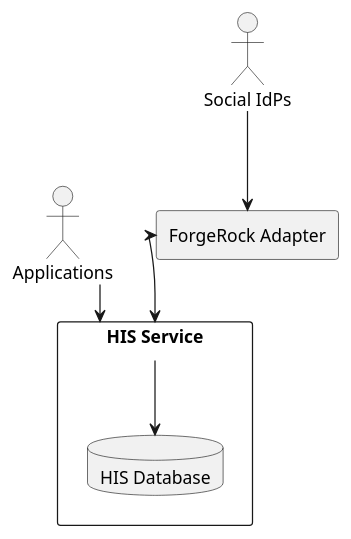
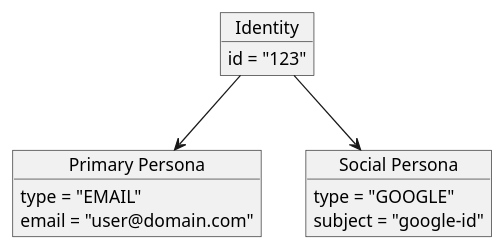
The third of 3 diagrams in MorganStanely/test.md (ahmedHanie93/Personal-projects), drawn with PlantUML before and after one commit. The commit also changed other lines of this file, not shown here.

````diff
--- a/MorganStanely/test.md
+++ b/MorganStanely/test.md
@@ -41,15 +160,23 @@
 ```plantuml
 @startuml
-skinparam linetype ortho
-actor "Applications" as App
-actor "Social IdPs" as IdPs
-rectangle "ForgeRock Adapter" as Adapter
-rectangle "HIS Service" as HIS {
-  database "HIS Database" as DB
+skinparam BackgroundColor #FFF
+skinparam DefaultFontColor #000
+
+object "Identity" as ident {
+  id = "123"
 }
-App --> HIS
-IdPs --> Adapter
-Adapter <--> HIS
-HIS --> DB
+
+object "Primary Persona" as pp {
+  type = "EMAIL"
+  email = "user@domain.com"
+}
+
+object "Social Persona" as sp {
+  type = "GOOGLE"
+  subject = "google-id"
+}
+
+ident --> pp
+ident --> sp
 @enduml
 ```
````
